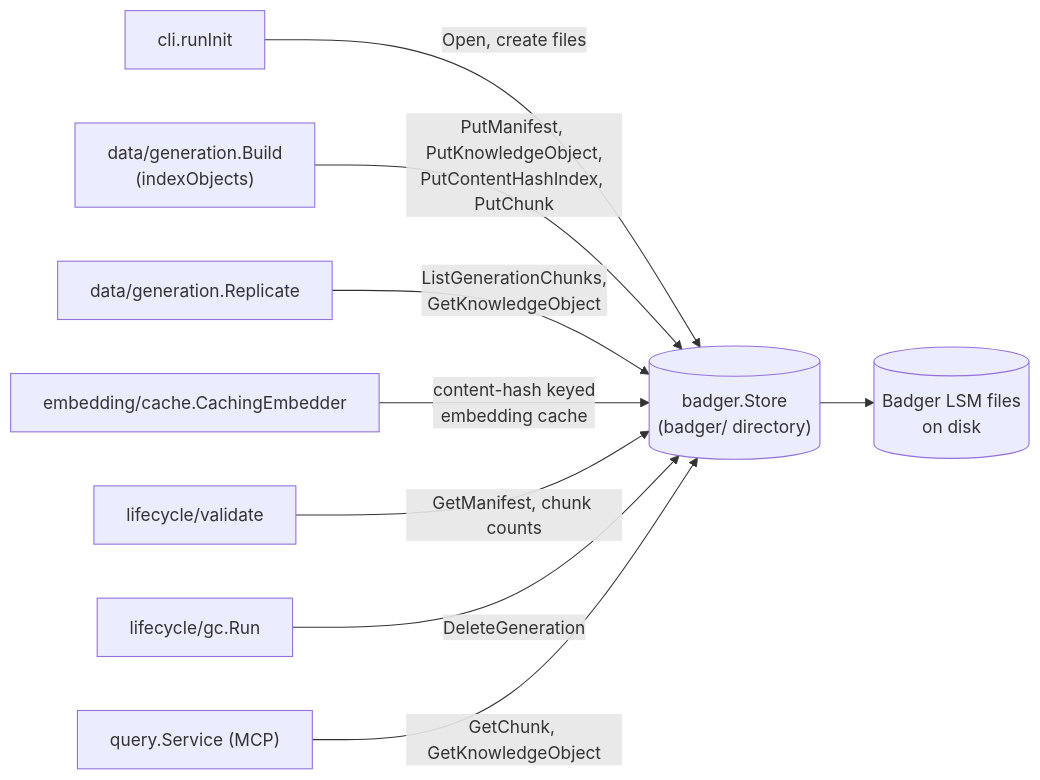
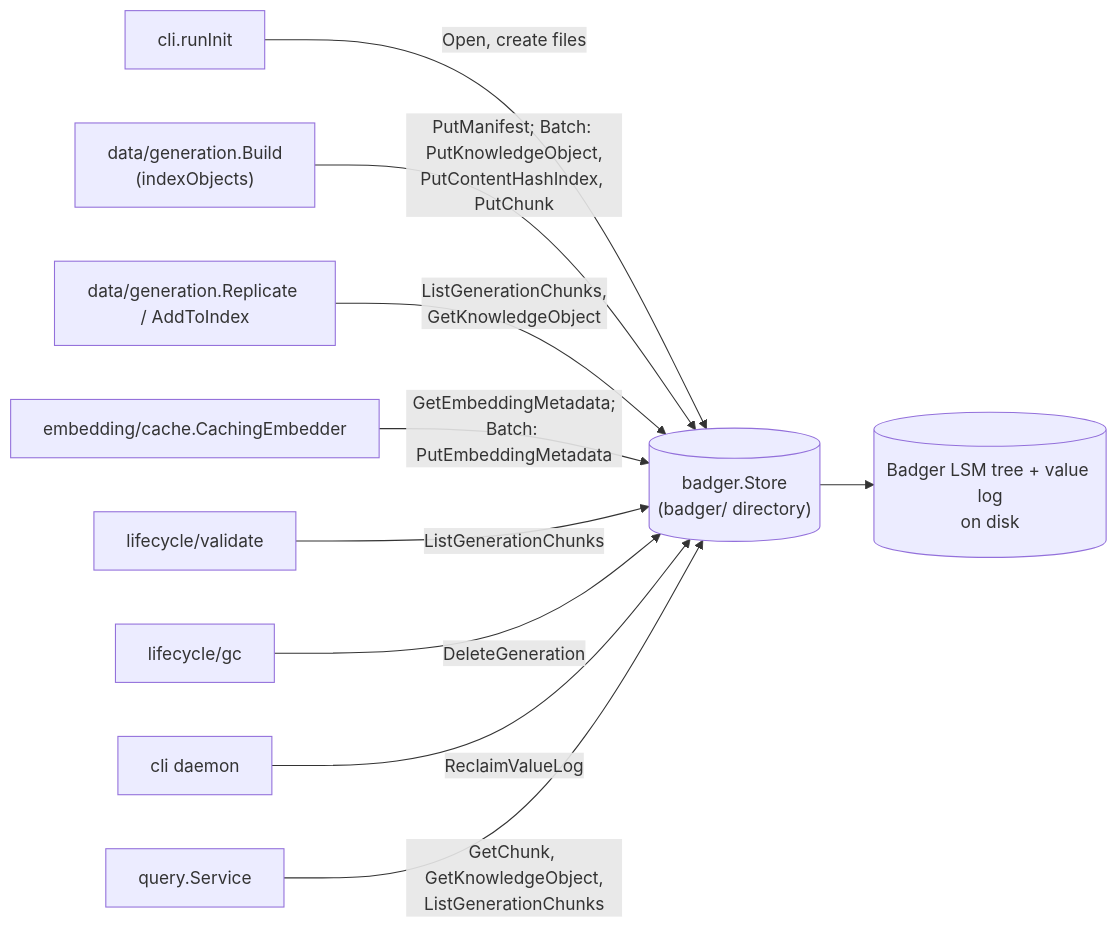
The diagram in docs/internal/data-badger.md (aleutian-ai/depctl), drawn with Mermaid before and after one commit. The commit also changed other lines of this file and 114 other files, not shown here.

Commit message:
v0.3.1: per-generation layout shrinks keyword.db ~4x and vectors.db ~2.5x (auto-converted); scope latest/all-retained search to the active build; docs pass at package, project and repo level

````diff
--- a/docs/internal/data-badger.md
+++ b/docs/internal/data-badger.md
@@ -20,13 +24,14 @@
 ```mermaid
 flowchart LR
     init["cli.runInit"] -->|Open, create files| Store
-    genBuild["data/generation.Build\n(indexObjects)"] -->|PutManifest, PutKnowledgeObject,\nPutContentHashIndex, PutChunk| Store
-    genReplicate["data/generation.Replicate"] -->|ListGenerationChunks,\nGetKnowledgeObject| Store
-    embCache["embedding/cache.CachingEmbedder"] -->|content-hash keyed\nembedding cache| Store
-    validate["lifecycle/validate"] -->|GetManifest, chunk counts| Store
-    gc["lifecycle/gc.Run"] -->|DeleteGeneration| Store
-    query["query.Service (MCP)"] -->|GetChunk, GetKnowledgeObject| Store
+    genBuild["data/generation.Build\n(indexObjects)"] -->|PutManifest; Batch: PutKnowledgeObject,\nPutContentHashIndex, PutChunk| Store
+    genReplicate["data/generation.Replicate / AddToIndex"] -->|ListGenerationChunks,\nGetKnowledgeObject| Store
+    embCache["embedding/cache.CachingEmbedder"] -->|GetEmbeddingMetadata;\nBatch: PutEmbeddingMetadata| Store
+    validate["lifecycle/validate"] -->|ListGenerationChunks| Store
+    gc["lifecycle/gc"] -->|DeleteGeneration| Store
+    daemon["cli daemon"] -->|ReclaimValueLog| Store
+    query["query.Service"] -->|GetChunk, GetKnowledgeObject,\nListGenerationChunks| Store
 
     Store[("badger.Store\n(badger/ directory)")]
-    Store --> FS[("Badger LSM files\non disk")]
+    Store --> FS[("Badger LSM tree + value log\non disk")]
 ```
````
